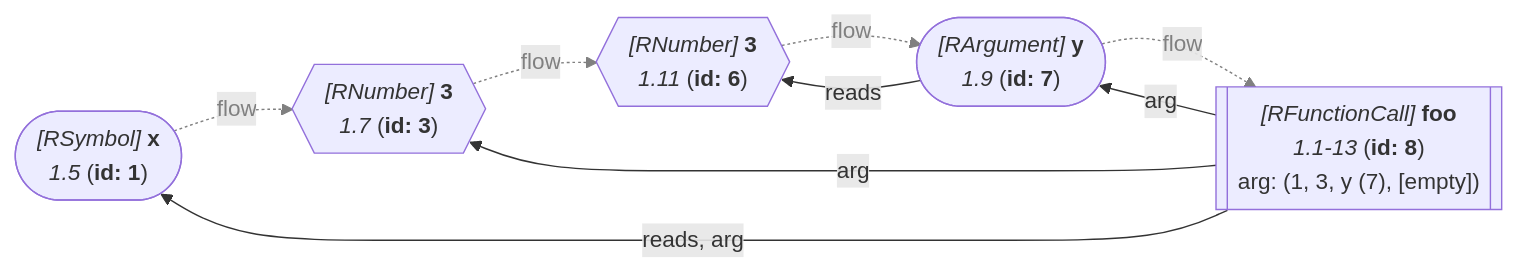
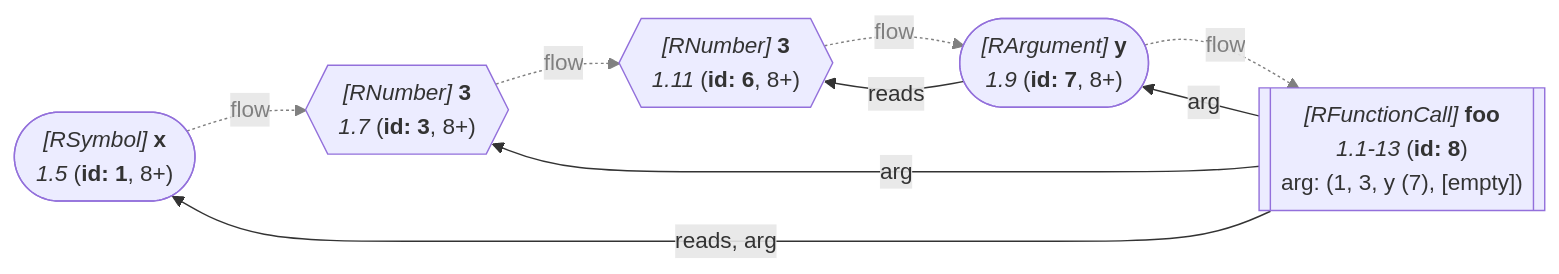
One commit to flowr-analysis/flowr changed diagram 17 of 60 in wiki/Dataflow Graph.md. Above: the diagram before and after it, drawn with Mermaid. The commit also changed other lines of this file and 39 other files, not shown here.

````diff
--- a/wiki/Dataflow Graph.md
+++ b/wiki/Dataflow Graph.md
@@ -1413,26 +1413,26 @@
 ```mermaid
 flowchart LR
     1(["`*#91;RSymbol#93;* **x**
-      *1.5* (**id: 1**)`"])
+      *1.5* (**id: 1**, 8+)`"])
     3{{"`*#91;RNumber#93;* **3**
-      *1.7* (**id: 3**)`"}}
+      *1.7* (**id: 3**, 8+)`"}}
     6{{"`*#91;RNumber#93;* **3**
-      *1.11* (**id: 6**)`"}}
+      *1.11* (**id: 6**, 8+)`"}}
     7(["`*#91;RArgument#93;* **y**
-      *1.9* (**id: 7**)`"])
+      *1.9* (**id: 7**, 8+)`"])
     8[["`*#91;RFunctionCall#93;* **foo**
       *1.1-13* (**id: 8**)
     arg: (1, 3, y (7), #91;empty#93;)`"]]
     1 -.->|"flow"| 3
     linkStyle 0 stroke:gray,color:gray;
     3 -.->|"flow"| 6
     linkStyle 1 stroke:gray,color:gray;
     6 -.->|"flow"| 7
     linkStyle 2 stroke:gray,color:gray;
     7 -->|"reads"| 6
     7 -.->|"flow"| 8
     linkStyle 4 stroke:gray,color:gray;
     8 -->|"reads, arg"| 1
     8 -->|"arg"| 3
     8 -->|"arg"| 7
 ```
````
